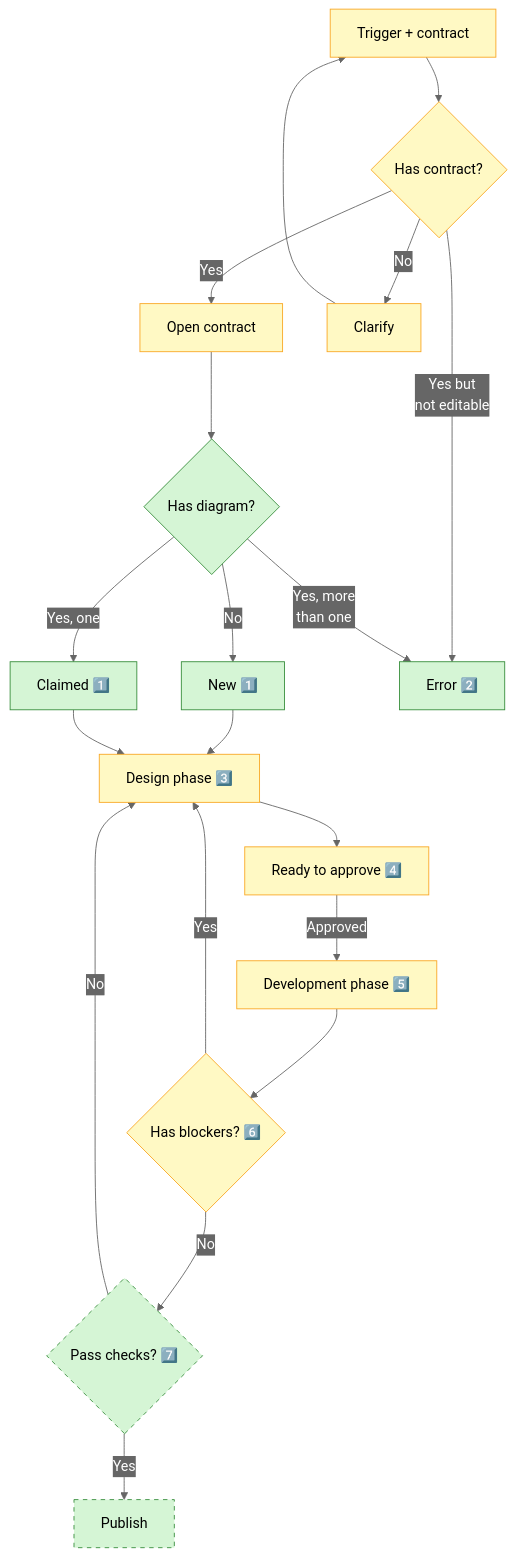
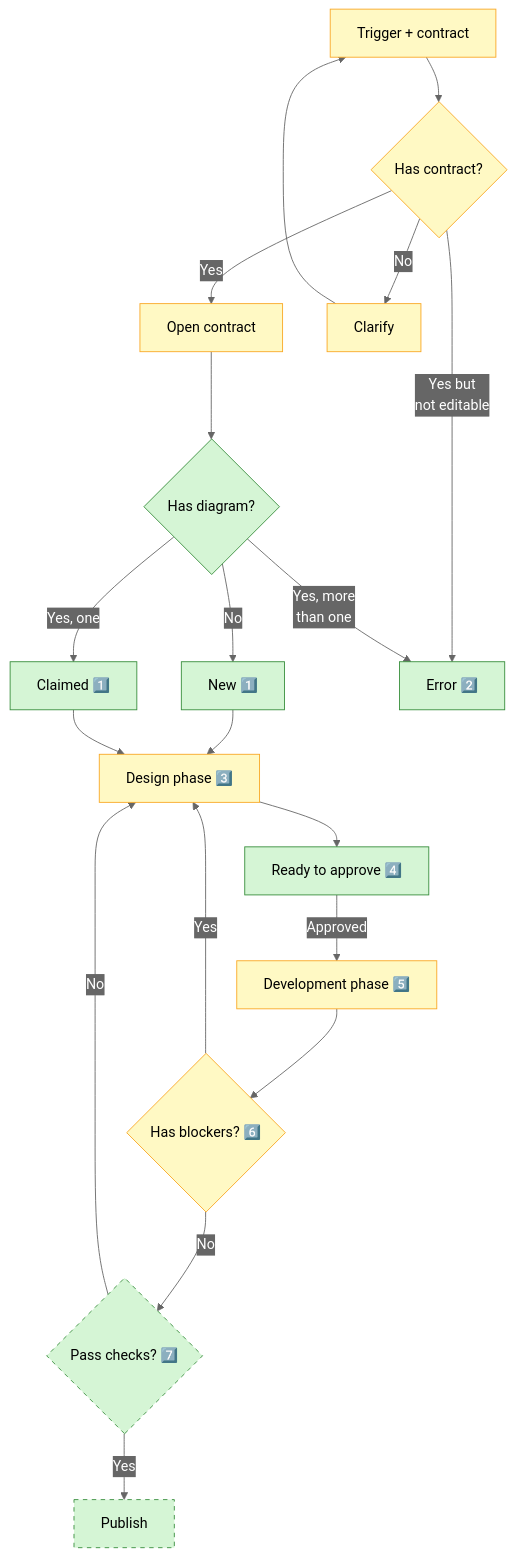
One commit to nonlinear/skills changed the diagram in contract-diagram/SKILL.md. Above: the diagram before and after it, drawn with Mermaid.

Commit message:
Mark SIGNOFF as developed (permission banner implemented)

````diff
--- a/contract-diagram/SKILL.md
+++ b/contract-diagram/SKILL.md
@@ -28,51 +28,51 @@
 ```mermaid
 %%{init: {'theme':'base','themeVariables':{"primaryColor":"#4A90E2","primaryTextColor":"#fff","primaryBorderColor":"#2E5C8A","lineColor":"#666","secondaryColor":"#50E3C2","tertiaryColor":"#FFD700","edgeLabelBackground":"#666"},'flowchart':{"nodeSpacing":50,"rankSpacing":50,"padding":15,"curve":"basis"}}}%%
 flowchart TD
     TRIGGER["Trigger + contract"]
     CHECK_CONTRACT{"Has contract?"}
     OPEN["Open contract"]
     CLARIFY["Clarify"]
     CHECK_DIAGRAM{"Has diagram?"}
     CREATE["New 1️⃣"]
     CLAIM["Claimed 1️⃣"]
     ERROR["Error 2️⃣"]
     
     DESIGN["Design phase 3️⃣"]
     SIGNOFF["Ready to approve 4️⃣"]
     DEVELOPMENT["Development phase 5️⃣"]
     BLOCKERS{"Has blockers? 6️⃣"}
     TESTS{"Pass checks? 7️⃣"}
     PUBLISH["Publish"]
     
     TRIGGER --> CHECK_CONTRACT
     CHECK_CONTRACT -->|Yes| OPEN
     CHECK_CONTRACT -->|Yes but<br/>not editable| ERROR
     CHECK_CONTRACT -->|No| CLARIFY
     CLARIFY --> TRIGGER
     
     OPEN --> CHECK_DIAGRAM
     CHECK_DIAGRAM -->|Yes, more<br/>than one| ERROR
     CHECK_DIAGRAM -->|Yes, one| CLAIM
     CHECK_DIAGRAM -->|No| CREATE
     
     CREATE --> DESIGN
     CLAIM --> DESIGN
     DESIGN --> SIGNOFF
     SIGNOFF -->|Approved| DEVELOPMENT
     DEVELOPMENT --> BLOCKERS
     BLOCKERS -->|Yes| DESIGN
     BLOCKERS -->|No| TESTS
     TESTS -->|Yes| PUBLISH
     TESTS -->|No| DESIGN
     
     classDef default fill:#e0e0e0,stroke:#666,color:#000
     classDef approved fill:#FFF9C4,stroke:#F9A825,color:#000
     classDef developed fill:#D5F5D5,stroke:#388E3C,color:#000
     classDef blocker fill:#FFCDD2,stroke:#D32F2F,color:#000
     classDef developed-notes fill:#E3F2FD,stroke:#1976D2,color:#000
     classDef outside-system fill:#D5F5D5,stroke:#388E3C,stroke-dasharray:5 5,color:#000
     
-    class TRIGGER,CHECK_CONTRACT,OPEN,CLARIFY,DESIGN,SIGNOFF,DEVELOPMENT,BLOCKERS approved
-    class CHECK_DIAGRAM,CREATE,CLAIM,ERROR developed
+    class TRIGGER,CHECK_CONTRACT,OPEN,CLARIFY,DESIGN,DEVELOPMENT,BLOCKERS approved
+    class CHECK_DIAGRAM,CREATE,CLAIM,ERROR,SIGNOFF developed
     class PUBLISH,TESTS outside-system
 ```
````
